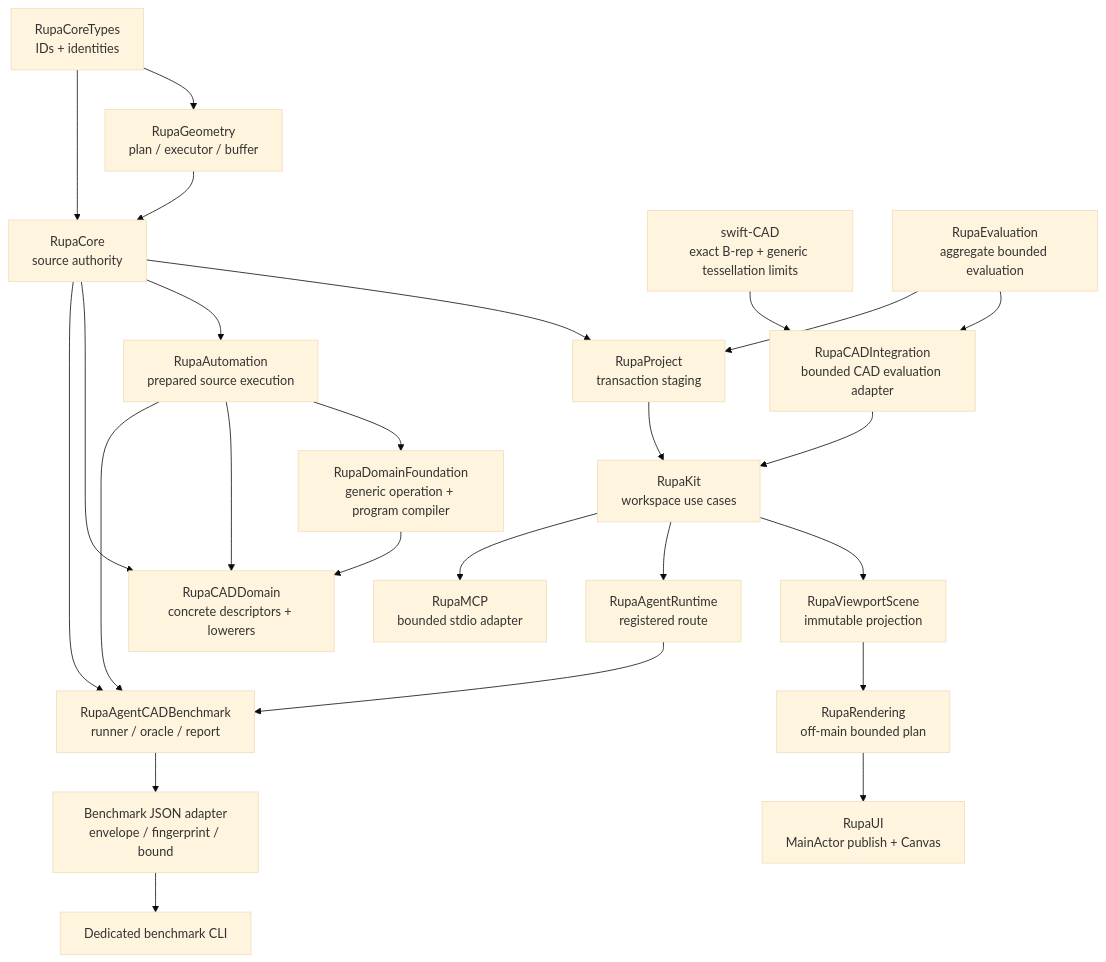
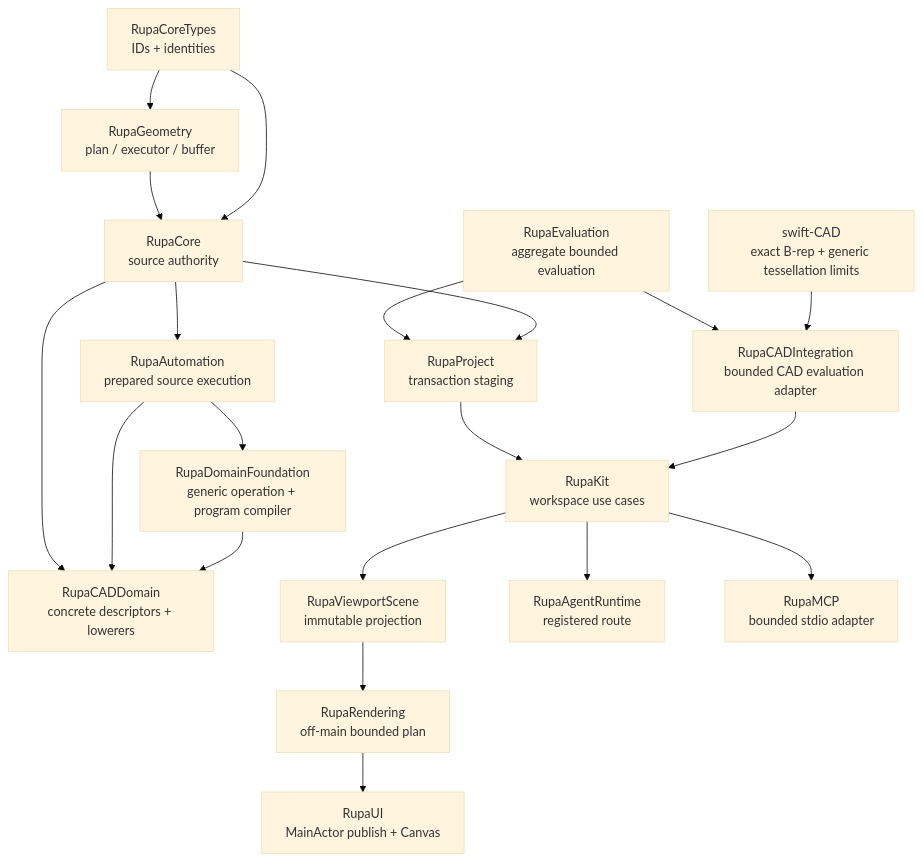
One commit to 1amageek/Rupa changed the second of 2 diagrams in RupaKit/DESIGN.md. Above: the diagram before and after it, drawn with Mermaid (base theme). The commit also changed other lines of this file and 5 other files, not shown here.

Commit message:
Remove stale benchmark architecture references

````diff
--- a/RupaKit/DESIGN.md
+++ b/RupaKit/DESIGN.md
@@ -195,27 +170,22 @@
 ```mermaid
 flowchart TD
     Types["RupaCoreTypes\nIDs + identities"] --> G["RupaGeometry\nplan / executor / buffer"]
     Types --> C["RupaCore\nsource authority"]
     G --> C
     SwiftCAD["swift-CAD\nexact B-rep + generic tessellation limits"] --> CI["RupaCADIntegration\nbounded CAD evaluation adapter"]
     E["RupaEvaluation\naggregate bounded evaluation"] --> CI
     CI --> K
     C --> P["RupaProject\ntransaction staging"]
     C --> A["RupaAutomation\nprepared source execution"]
     A --> D["RupaDomainFoundation\ngeneric operation + program compiler"]
     D --> CAD["RupaCADDomain\nconcrete descriptors + lowerers"]
     A --> CAD
     C --> CAD
     P --> K["RupaKit\nworkspace use cases"]
     E --> P
     K --> Scene["RupaViewportScene\nimmutable projection"]
     Scene --> Rendering["RupaRendering\noff-main bounded plan"]
     Rendering --> UI["RupaUI\nMainActor publish + Canvas"]
     K --> R["RupaAgentRuntime\nregistered route"]
     K --> M["RupaMCP\nbounded stdio adapter"]
-    R --> B["RupaAgentCADBenchmark\nrunner / oracle / report"]
-    C --> B
-    A --> B
-    B --> J["Benchmark JSON adapter\nenvelope / fingerprint / bound"]
-    J --> CLI["Dedicated benchmark CLI"]
 ```
````
